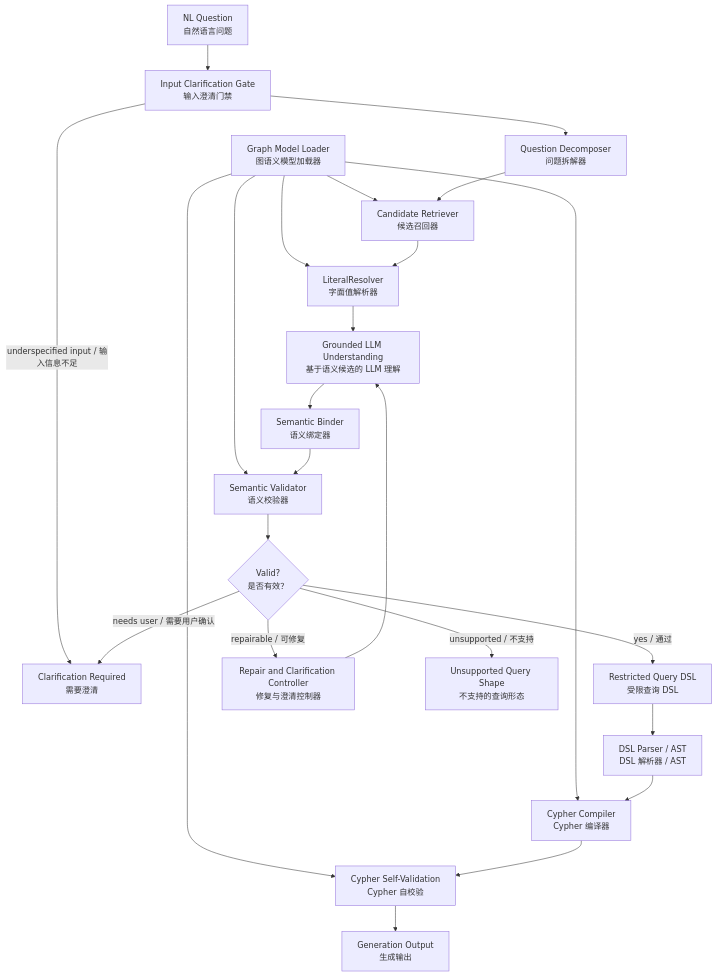
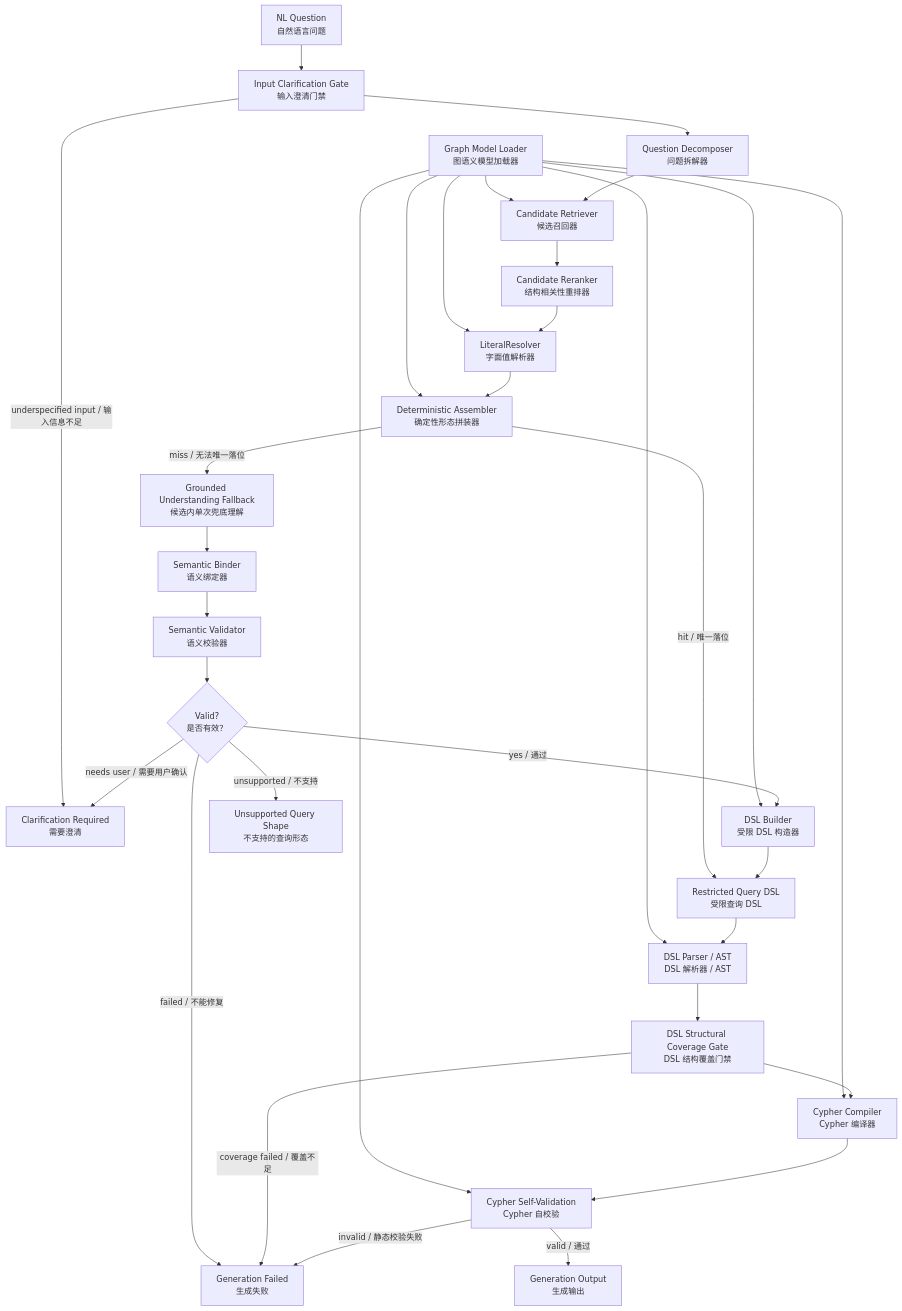
One commit to mangow0527/NL2Cypher changed the diagram in docs/superpowers/specs/graph-cypher-generation/2026-05-27-overall-architecture-design.md. Above: the diagram before and after it, drawn with Mermaid. The commit also changed other lines of this file and 35 other files, not shown here.

Commit message:
Stabilize CGA deterministic coverage and docs

````diff
--- a/docs/superpowers/specs/graph-cypher-generation/2026-05-27-overall-architecture-design.md
+++ b/docs/superpowers/specs/graph-cypher-generation/2026-05-27-overall-architecture-design.md
@@ -54,26 +57,34 @@
 ```mermaid
 flowchart TD
+  A["NL Question<br/>自然语言问题"] --> A1["Input Clarification Gate<br/>输入澄清门禁"]
+  A1 -->|"underspecified input / 输入信息不足"| K["Clarification Required<br/>需要澄清"]
+  A1 --> B["Question Decomposer<br/>问题拆解器"]
   S["Graph Model Loader<br/>图语义模型加载器"] --> C
   S --> D
-  S --> G
+  S --> DA
+  S --> GB
+  S --> M
   S --> N
   S --> O
-  A["NL Question<br/>自然语言问题"] --> A1["Input Clarification Gate<br/>输入澄清门禁"]
-  A1 --> B["Question Decomposer<br/>问题拆解器"]
-  A1 -->|"underspecified input / 输入信息不足"| K["Clarification Required<br/>需要澄清"]
   B --> C["Candidate Retriever<br/>候选召回器"]
-  C --> D["LiteralResolver<br/>字面值解析器"]
-  D --> E["Grounded LLM Understanding<br/>基于语义候选的 LLM 理解"]
+  C --> CR["Candidate Reranker<br/>结构相关性重排器"]
+  CR --> D["LiteralResolver<br/>字面值解析器"]
+  D --> DA["Deterministic Assembler<br/>确定性形态拼装器"]
+  DA -->|"hit / 唯一落位"| I["Restricted Query DSL<br/>受限查询 DSL"]
+  DA -->|"miss / 无法唯一落位"| E["Grounded Understanding Fallback<br/>候选内单次兜底理解"]
   E --> F["Semantic Binder<br/>语义绑定器"]
   F --> G["Semantic Validator<br/>语义校验器"]
   G --> H{"Valid?<br/>是否有效？"}
-  H -->|"yes / 通过"| I["Restricted Query DSL<br/>受限查询 DSL"]
-  H -->|"repairable / 可修复"| J["Repair and Clarification Controller<br/>修复与澄清控制器"]
-  J --> E
-  H -->|"needs user / 需要用户确认"| K["Clarification Required<br/>需要澄清"]
+  H -->|"yes / 通过"| GB["DSL Builder<br/>受限 DSL 构造器"]
+  H -->|"needs user / 需要用户确认"| K
   H -->|"unsupported / 不支持"| L["Unsupported Query Shape<br/>不支持的查询形态"]
+  H -->|"failed / 不能修复"| GF["Generation Failed<br/>生成失败"]
+  GB --> I
   I --> M["DSL Parser / AST<br/>DSL 解析器 / AST"]
-  M --> N["Cypher Compiler<br/>Cypher 编译器"]
+  M --> DC["DSL Structural Coverage Gate<br/>DSL 结构覆盖门禁"]
+  DC -->|"coverage failed / 覆盖不足"| GF
+  DC --> N["Cypher Compiler<br/>Cypher 编译器"]
   N --> O["Cypher Self-Validation<br/>Cypher 自校验"]
-  O --> R["Generation Output<br/>生成输出"]
+  O -->|"valid / 通过"| R["Generation Output<br/>生成输出"]
+  O -->|"invalid / 静态校验失败"| GF
 ```
````
